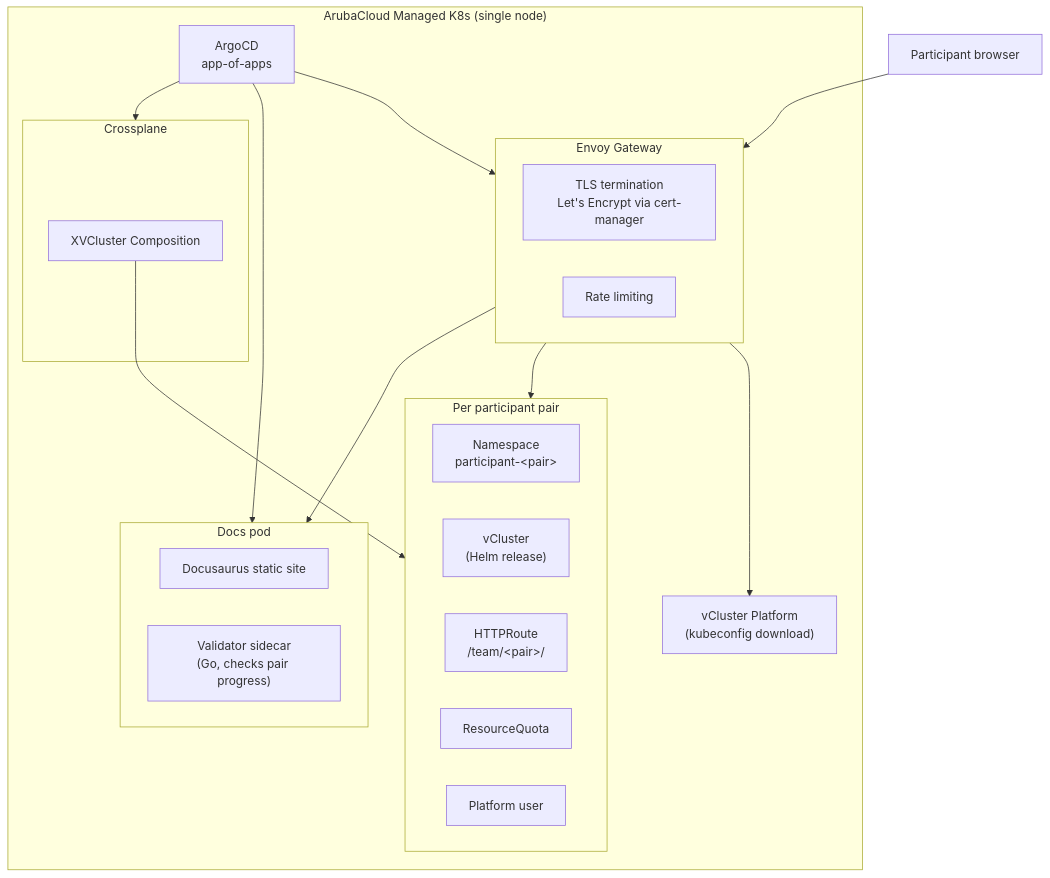
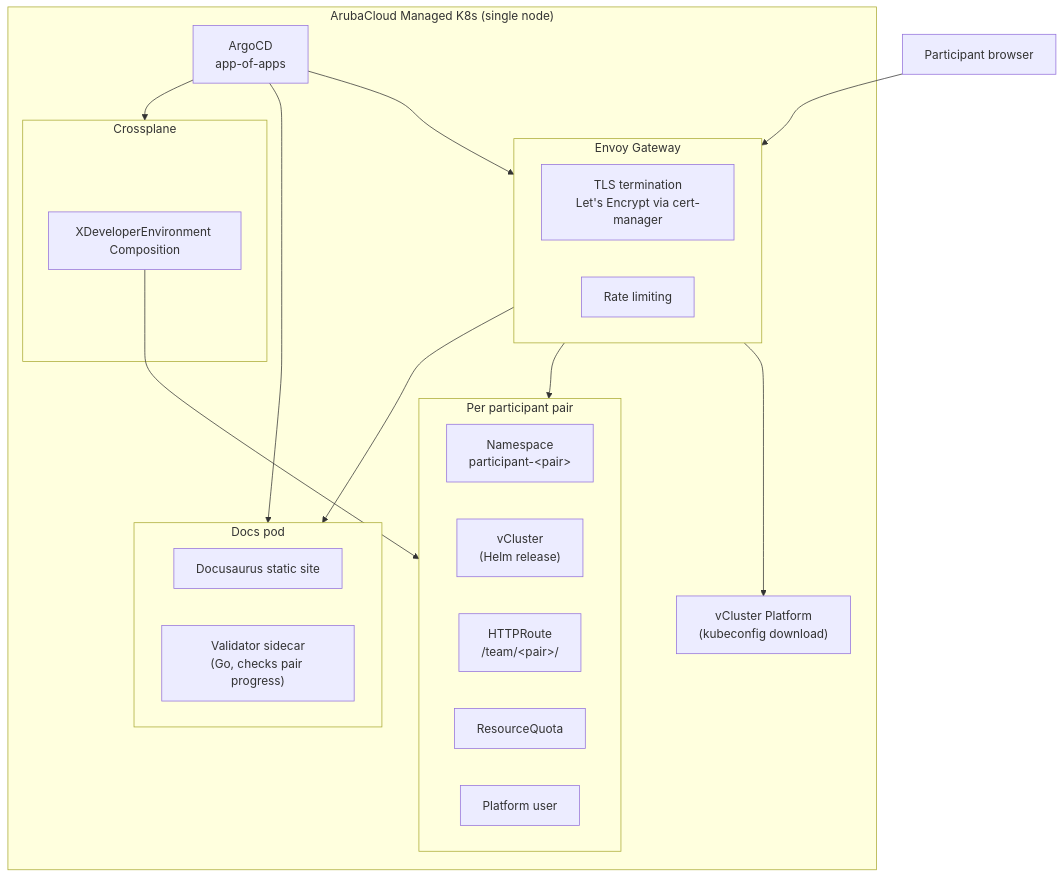
One commit to ricCap/crossplane-workshop changed the diagram in README.md. Above: the diagram before and after it, drawn with Mermaid. The commit also changed other lines of this file and 14 other files, not shown here.

First line of the commit message:
refactor: rename XVCluster XR to XDeveloperEnvironment

````diff
--- a/README.md
+++ b/README.md
@@ -9,40 +9,40 @@
 ```mermaid
 graph TB
     subgraph ArubaCloud["ArubaCloud Managed K8s (single node)"]
         ArgoCD["ArgoCD<br/>app-of-apps"]
 
         subgraph Crossplane["Crossplane"]
-            XVCluster["XVCluster Composition"]
+            XDevEnv["XDeveloperEnvironment Composition"]
         end
 
         subgraph PerPair["Per participant pair"]
             NS["Namespace<br/>participant-&lt;pair&gt;"]
             VC["vCluster<br/>(Helm release)"]
             HR["HTTPRoute<br/>/team/&lt;pair&gt;/"]
             RQ["ResourceQuota"]
             PU["Platform user"]
         end
 
         subgraph Gateway["Envoy Gateway"]
             TLS["TLS termination<br/>Let's Encrypt via cert-manager"]
             RL["Rate limiting"]
         end
 
         subgraph Docs["Docs pod"]
             Docusaurus["Docusaurus static site"]
             Validator["Validator sidecar<br/>(Go, checks pair progress)"]
         end
 
         Platform["vCluster Platform<br/>(kubeconfig download)"]
 
         ArgoCD --> Crossplane
         ArgoCD --> Docs
         ArgoCD --> Gateway
-        XVCluster --> PerPair
+        XDevEnv --> PerPair
         Gateway --> Docs
         Gateway --> PerPair
         Gateway --> Platform
     end
 
     Participant["Participant browser"] --> Gateway
 ```
````
